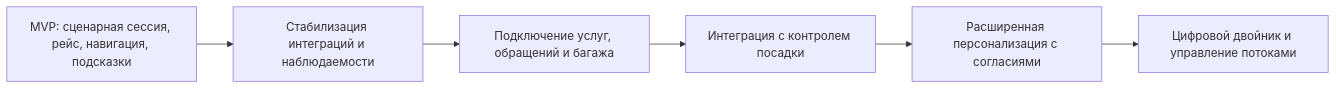
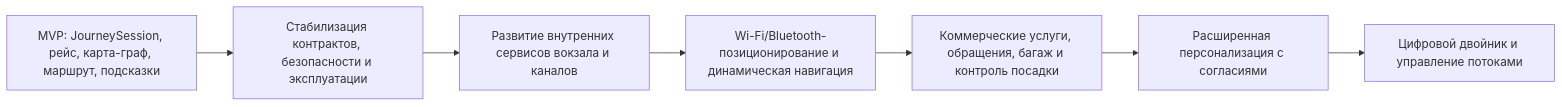
One commit to FlashgoKless/CW-for-dissertation changed the diagram in 12-риски-и-развитие.md. Above: the diagram before and after it, drawn with Mermaid. The commit also changed other lines of this file and 2 other files, not shown here.

Commit message:
docs: finalize architecture documentation sections

````diff
--- a/12-риски-и-развитие.md
+++ b/12-риски-и-развитие.md
@@ -37,15 +52,17 @@
 ```mermaid
 flowchart LR
-    MVP[MVP: сценарная сессия, рейс, навигация, подсказки]
-    Stabilization[Стабилизация интеграций и наблюдаемости]
-    Services[Подключение услуг, обращений и багажа]
-    Boarding[Интеграция с контролем посадки]
-    Personalization[Расширенная персонализация с согласиями]
-    DigitalTwin[Цифровой двойник и управление потоками]
+    MVP["MVP: JourneySession, рейс, карта-граф, маршрут, подсказки"]
+    Stabilization["Стабилизация контрактов, безопасности и эксплуатации"]
+    StationServices["Развитие внутренних сервисов вокзала и каналов"]
+    Positioning["Wi-Fi/Bluetooth-позиционирование и динамическая навигация"]
+    ServiceScenarios["Коммерческие услуги, обращения, багаж и контроль посадки"]
+    Personalization["Расширенная персонализация с согласиями"]
+    DigitalTwin["Цифровой двойник и управление потоками"]
 
     MVP --> Stabilization
-    Stabilization --> Services
-    Services --> Boarding
-    Boarding --> Personalization
+    Stabilization --> StationServices
+    StationServices --> Positioning
+    Positioning --> ServiceScenarios
+    ServiceScenarios --> Personalization
     Personalization --> DigitalTwin
 ```
````
